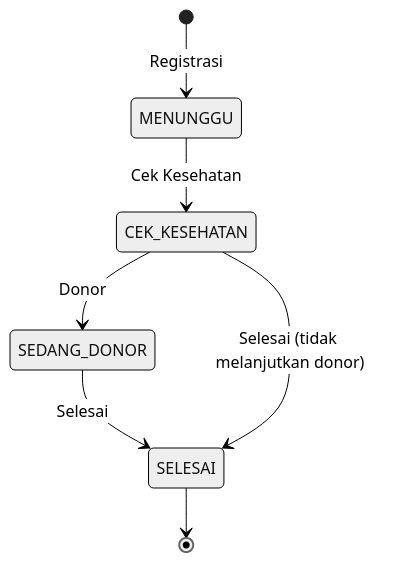
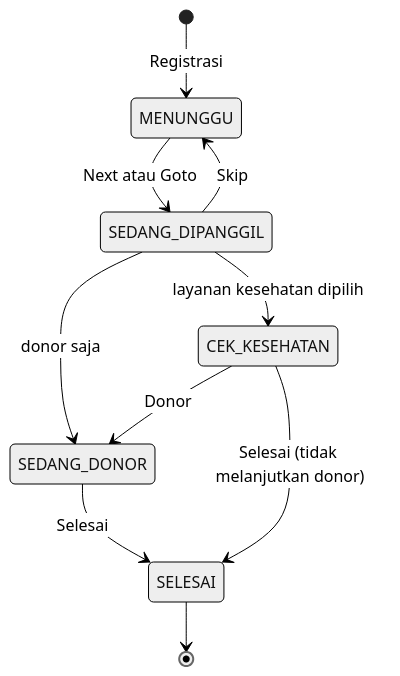
The diagram in docs/business-workflow.md (Purnommo-DEV/SEHAT-APP), drawn with Mermaid (neutral theme) before and after one commit. The commit also changed other lines of this file and 43 other files, not shown here.

````diff
--- a/docs/business-workflow.md
+++ b/docs/business-workflow.md
@@ -5,9 +5,12 @@
 ```mermaid
 stateDiagram-v2
     [*] --> MENUNGGU: Registrasi
-    MENUNGGU --> CEK_KESEHATAN: Cek Kesehatan
+    MENUNGGU --> SEDANG_DIPANGGIL: Next atau Goto
+    SEDANG_DIPANGGIL --> MENUNGGU: Skip
+    SEDANG_DIPANGGIL --> CEK_KESEHATAN: layanan kesehatan dipilih
+    SEDANG_DIPANGGIL --> SEDANG_DONOR: donor saja
     CEK_KESEHATAN --> SEDANG_DONOR: Donor
     SEDANG_DONOR --> SELESAI: Selesai
     CEK_KESEHATAN --> SELESAI: Selesai (tidak melanjutkan donor)
     SELESAI --> [*]
 ```
````
